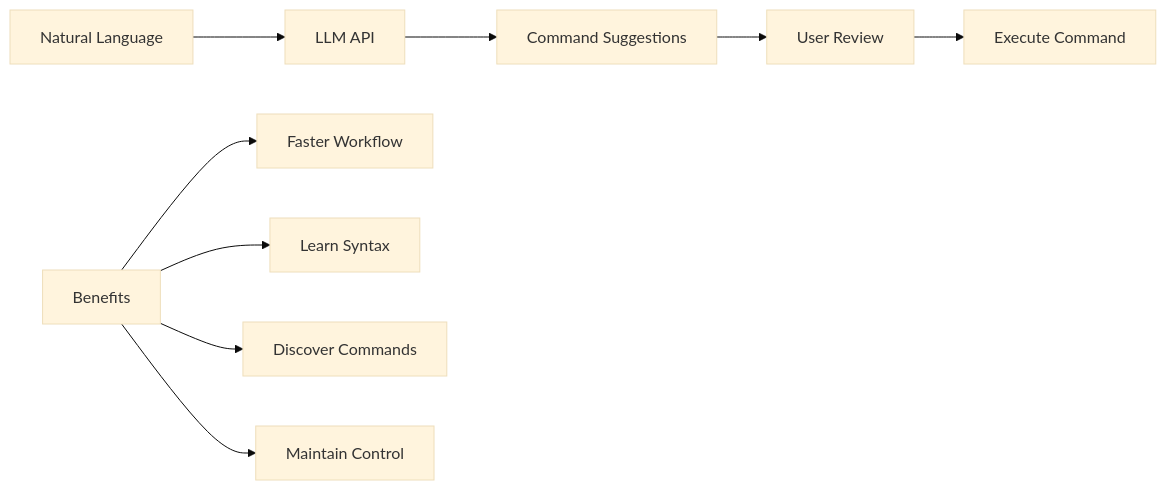
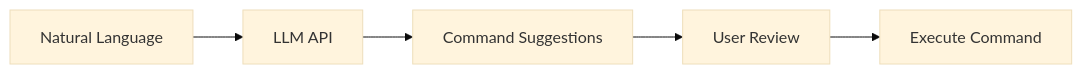
Before and after one commit to 4gh0rn/dev-blog: the first of 3 diagrams in docs/projects/llmsh.md, drawn with Mermaid (base theme). The commit also changed other lines of this file and 1 other file, not shown here.

````diff
--- a/docs/projects/llmsh.md
+++ b/docs/projects/llmsh.md
@@ -54,12 +54,7 @@
 ```mermaid
 graph LR
     A[Natural Language] --> B[LLM API]
     B --> C[Command Suggestions]
     C --> D[User Review]
     D --> E[Execute Command]
-    
-    F[Benefits] --> F1[Faster Workflow]
-    F --> F2[Learn Syntax]
-    F --> F3[Discover Commands]
-    F --> F4[Maintain Control]
 ```
````
